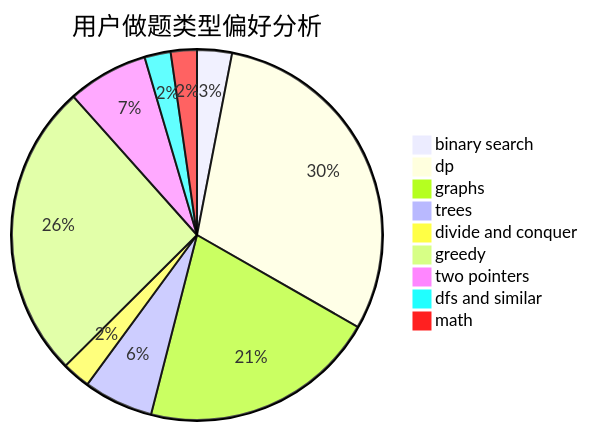
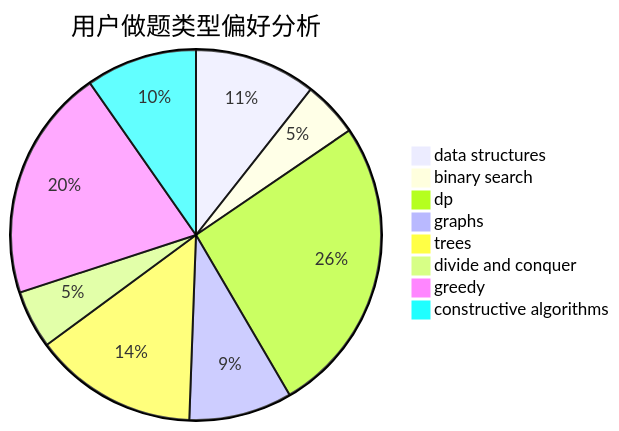
Before and after one commit to sherpahu/cfrs.github.io: the second of 3 diagrams in docs/user/u1289.md, drawn with Mermaid. The commit also changed other lines of this file and 2775 other files, not shown here.

````diff
--- a/docs/user/u1289.md
+++ b/docs/user/u1289.md
@@ -23,12 +23,11 @@
 ```mermaid
 pie title 用户做题类型偏好分析
-    "binary search" :  32
-    "dp" :  318
-    "graphs" :  218
-    "trees" :  64
-    "divide and conquer" :  26
-    "greedy" :  272
-    "two pointers" :  74
-    "dfs and similar" :  24
-    "math" :  24
+    "data structures" :  46
+    "binary search" :  21
+    "dp" :  113
+    "graphs" :  39
+    "trees" :  62
+    "divide and conquer" :  22
+    "greedy" :  88
+    "constructive algorithms" :  42
 ```
````
